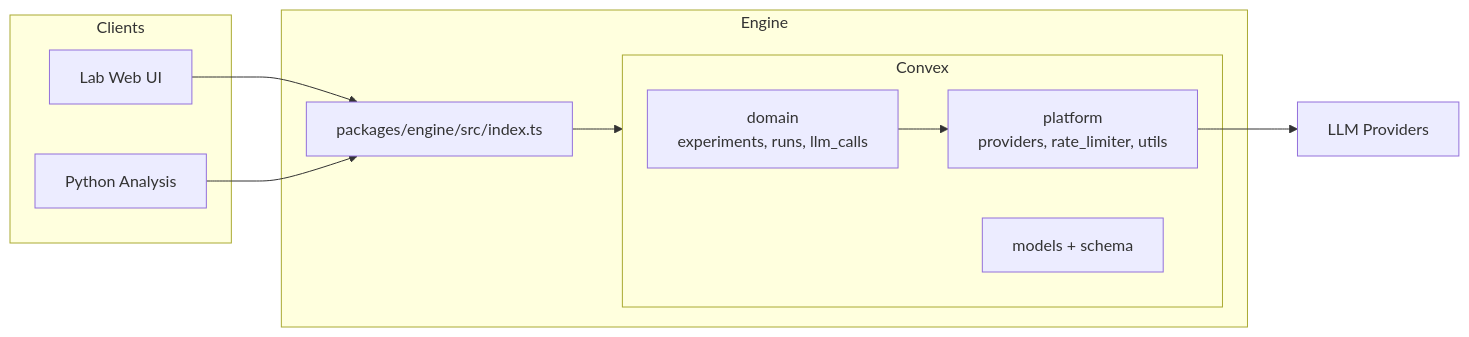
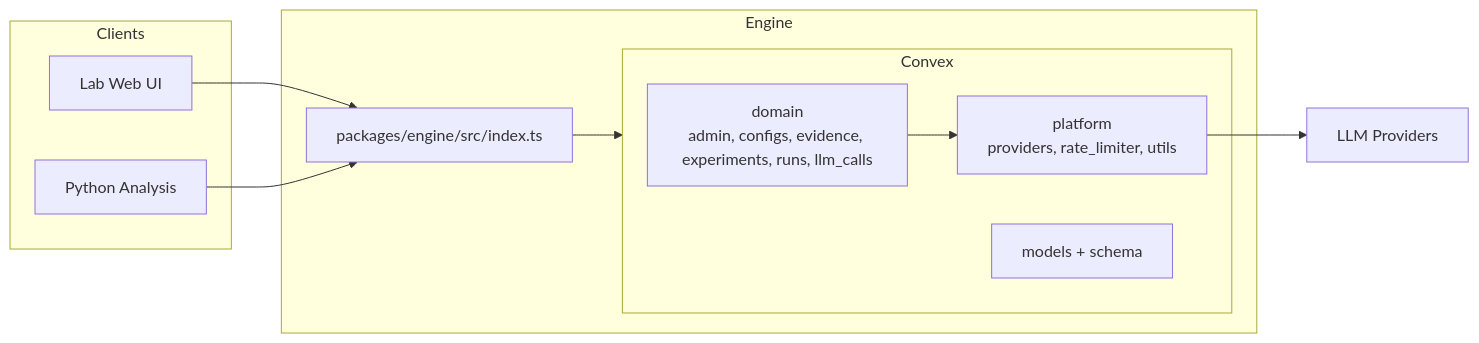
The first of 3 diagrams in README.md (theonetruejesse/judge-gym), drawn with Mermaid before and after one commit. The commit also changed other lines of this file and 68 other files, not shown here.

````diff
--- a/README.md
+++ b/README.md
@@ -260,24 +263,24 @@
 ```mermaid
 flowchart LR
   subgraph Clients
     Lab[Lab Web UI]
     Analysis[Python Analysis]
   end
 
   subgraph Engine
     API[packages/engine/src/index.ts]
   subgraph Convex
-      Domain["domain<br/>experiments, runs, llm_calls"]
+    Domain["domain<br/>admin, configs, evidence, experiments, runs, llm_calls"]
       Platform["platform<br/>providers, rate_limiter, utils"]
       Models["models + schema"]
     end
   end
 
   Providers[LLM Providers]
 
   Lab --> API
   Analysis --> API
   API --> Convex
   Domain --> Platform
   Platform --> Providers
 ```
````
